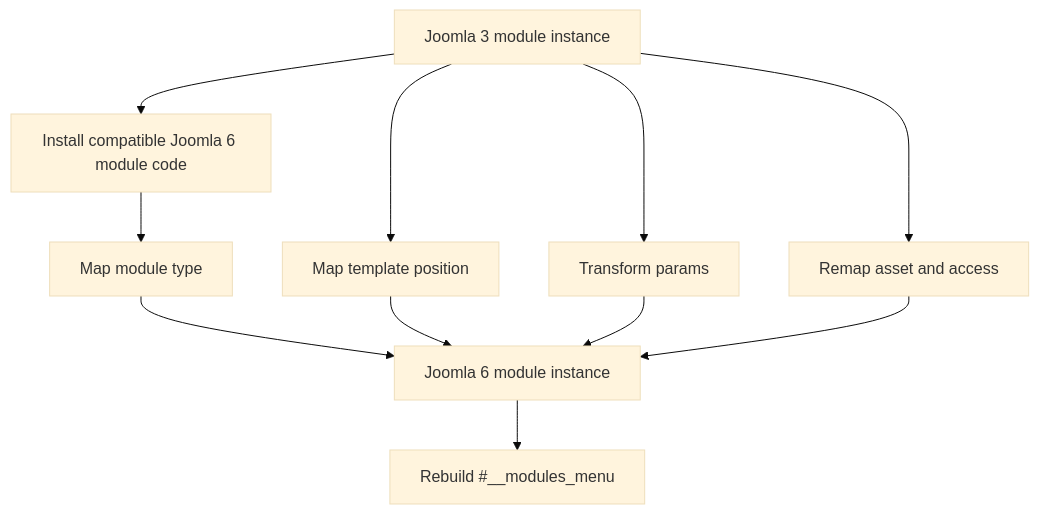
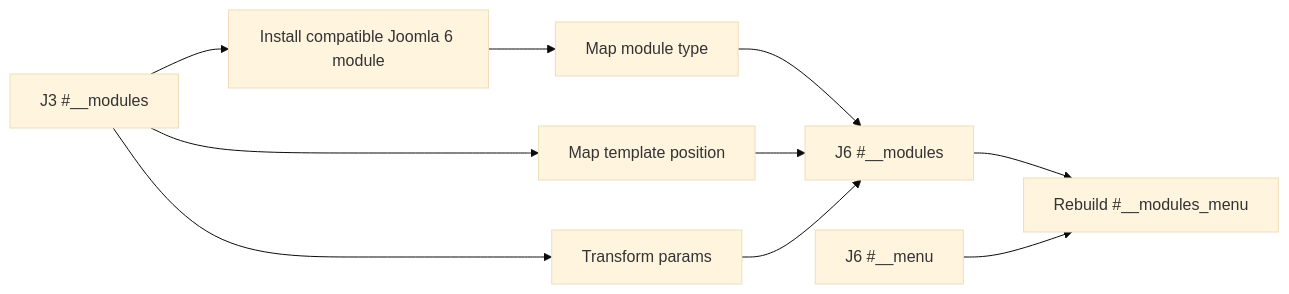
One commit to duyduyly/php-notebook changed the ninth of 15 diagrams in docs/joomla/learning/database/joomla3-vs-joomla6-erd-gap-diagrams.md. Above: the diagram before and after it, drawn with Mermaid (base theme). The commit also changed other lines of this file, not shown here.

Commit message:
docs: fix Mermaid ERD gaps and add side-by-side table comparisons

````diff
--- a/docs/joomla/learning/database/joomla3-vs-joomla6-erd-gap-diagrams.md
+++ b/docs/joomla/learning/database/joomla3-vs-joomla6-erd-gap-diagrams.md
@@ -455,17 +361,14 @@
 ```mermaid
-flowchart TD
-    J3MOD["Joomla 3 module instance"]
-    INSTALL["Install compatible Joomla 6 module code"]
-    TYPE["Map module type"]
-    POSITION["Map template position"]
-    PARAMS["Transform params"]
-    ACCESS["Remap asset and access"]
-    J6MOD["Joomla 6 module instance"]
-    ASSIGN["Rebuild #__modules_menu"]
+flowchart LR
+    J3MODULE["J3 #__modules"] --> CODE["Install compatible Joomla 6 module"]
+    CODE --> TYPE["Map module type"]
+    J3MODULE --> POSITION["Map template position"]
+    J3MODULE --> PARAMS["Transform params"]
 
-    J3MOD --> INSTALL --> TYPE --> J6MOD
-    J3MOD --> POSITION --> J6MOD
-    J3MOD --> PARAMS --> J6MOD
-    J3MOD --> ACCESS --> J6MOD
-    J6MOD --> ASSIGN
+    TYPE --> J6MODULE["J6 #__modules"]
+    POSITION --> J6MODULE
+    PARAMS --> J6MODULE
+
+    J6MODULE --> ASSIGN["Rebuild #__modules_menu"]
+    J6MENU["J6 #__menu"] --> ASSIGN
 ```
````
